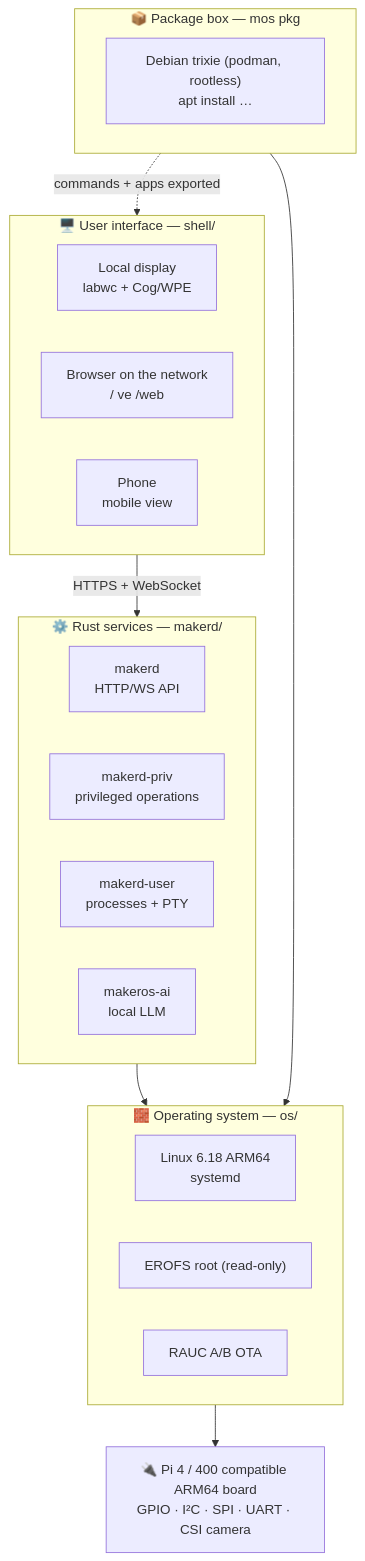
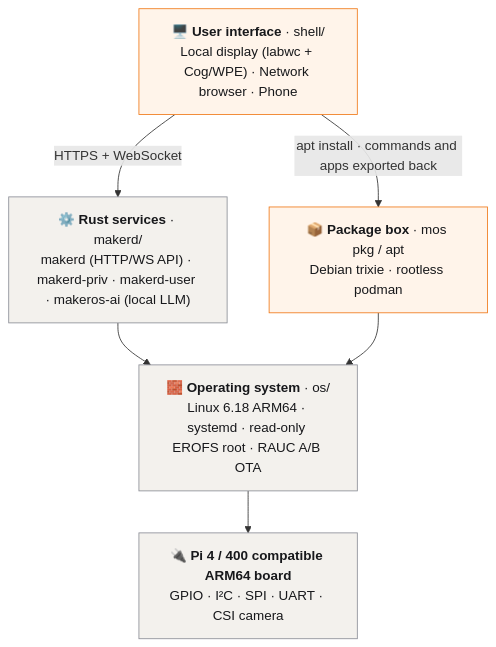
One commit to ferhatozcelik/maker-os changed the first of 4 diagrams in README.en.md. Above: the diagram before and after it, drawn with Mermaid. The commit also changed 5 other files, not shown here.

````diff
--- a/README.en.md
+++ b/README.en.md
@@ -106,32 +106,17 @@
 ```mermaid
 flowchart TB
-  subgraph UI["🖥️ User interface — shell/"]
-    direction LR
-    LOCAL["Local display<br/>labwc + Cog/WPE"]
-    WEB["Browser on the network<br/>/ ve /web"]
-    PHONE["Phone<br/>mobile view"]
-  end
-  subgraph SVC["⚙️ Rust services — makerd/"]
-    direction LR
-    MAKERD["makerd<br/>HTTP/WS API"]
-    PRIV["makerd-priv<br/>privileged operations"]
-    USER["makerd-user<br/>processes + PTY"]
-    AI["makeros-ai<br/>local LLM"]
-  end
-  subgraph BOX["📦 Package box — mos pkg"]
-    DEB["Debian trixie (podman, rootless)<br/>apt install …"]
-  end
-  subgraph OS["🧱 Operating system — os/"]
-    direction LR
-    KERNEL["Linux 6.18 ARM64<br/>systemd"]
-    RO["EROFS root (read-only)"]
-    RAUC["RAUC A/B OTA"]
-  end
-  HW["🔌 Pi 4 / 400 compatible ARM64 board<br/>GPIO · I²C · SPI · UART · CSI camera"]
-
+  UI["🖥️ <b>User interface</b> · shell/<br/>Local display (labwc + Cog/WPE) · Network browser · Phone"]
+  SVC["⚙️ <b>Rust services</b> · makerd/<br/>makerd (HTTP/WS API) · makerd-priv · makerd-user · makeros-ai (local LLM)"]
+  BOX["📦 <b>Package box</b> · mos pkg / apt<br/>Debian trixie · rootless podman"]
+  OS["🧱 <b>Operating system</b> · os/<br/>Linux 6.18 ARM64 · systemd · read-only EROFS root · RAUC A/B OTA"]
+  HW["🔌 <b>Pi 4 / 400 compatible ARM64 board</b><br/>GPIO · I²C · SPI · UART · CSI camera"]
   UI -- "HTTPS + WebSocket" --> SVC
+  UI -- "apt install · commands and apps exported back" --> BOX
   SVC --> OS
-  BOX -. "commands + apps exported" .-> UI
   BOX --> OS
   OS --> HW
+  classDef ui fill:#fff4ea,stroke:#f07a1a,color:#17181b
+  classDef core fill:#f3f1ed,stroke:#8b8e96,color:#17181b
+  class UI,BOX ui
+  class SVC,OS,HW core
 ```
````
